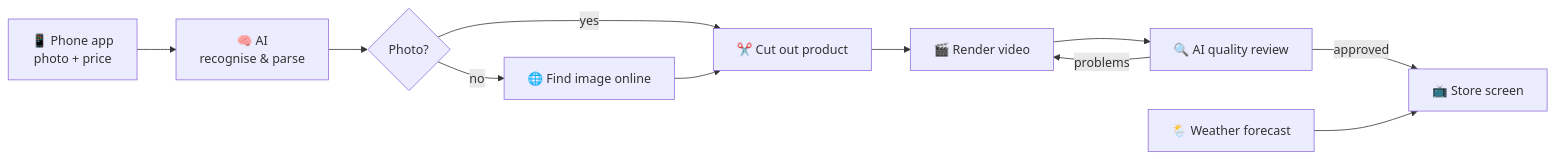
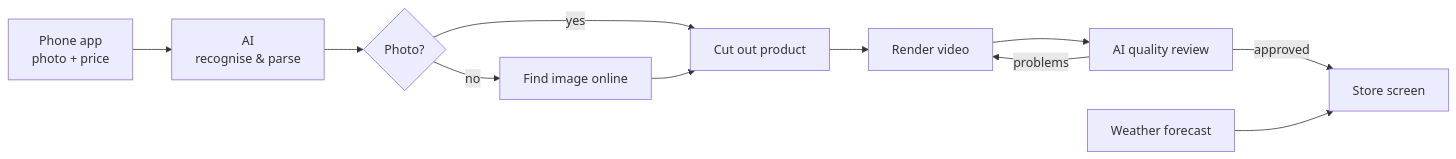
One commit to MohammadIssa04/smart-store-screen changed the first of 2 diagrams in README.md. Above: the diagram before and after it, drawn with Mermaid. The commit also changed other lines of this file, not shown here.

````diff
--- a/README.md
+++ b/README.md
@@ -207,13 +206,13 @@
 ```mermaid
 flowchart LR
-    A["📱 Phone app<br/>photo + price"] --> B["🧠 AI<br/>recognise & parse"]
+    A[" Phone app<br/>photo + price"] --> B[" AI<br/>recognise & parse"]
     B --> C{"Photo?"}
-    C -- no --> D["🌐 Find image online"]
-    C -- yes --> E["✂️ Cut out product"]
+    C -- no --> D[" Find image online"]
+    C -- yes --> E[" Cut out product"]
     D --> E
-    E --> F["🎬 Render video"]
-    F --> G["🔍 AI quality review"]
+    E --> F[" Render video"]
+    F --> G[" AI quality review"]
     G -- problems --> F
-    G -- approved --> H["📺 Store screen"]
-    W["🌦️ Weather forecast"] --> H
+    G -- approved --> H[" Store screen"]
+    W[" Weather forecast"] --> H
 ```
````
